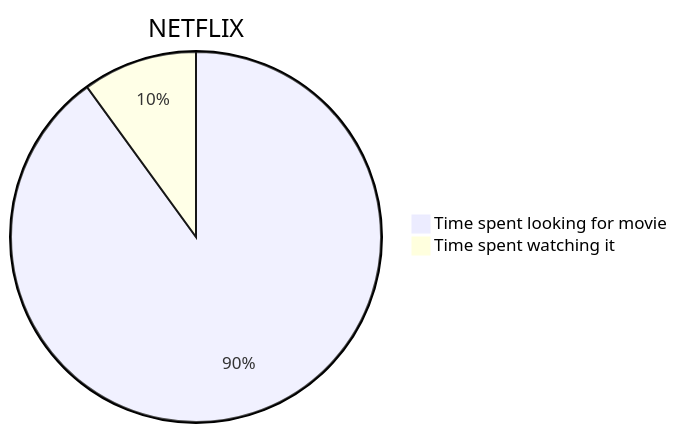
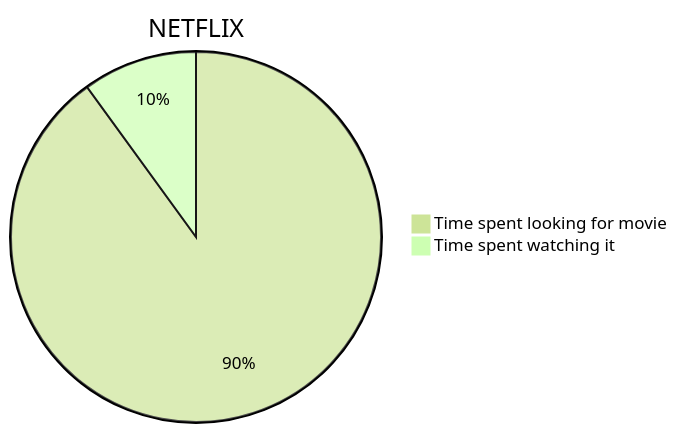
One commit to john-gitbook/mermaid changed the diagram in merm.md. Above: the diagram before and after it, drawn with Mermaid.

````diff
--- a/merm.md
+++ b/merm.md
@@ -3,6 +3,6 @@
 ```mermaid
-%%{init: {'themeCSS': 'svg {background-color: black}'}}%%
+%%{init: {'theme':'forest'}}%%
 pie title NETFLIX
          "Time spent looking for movie" : 90
          "Time spent watching it" : 10
 ```
````
